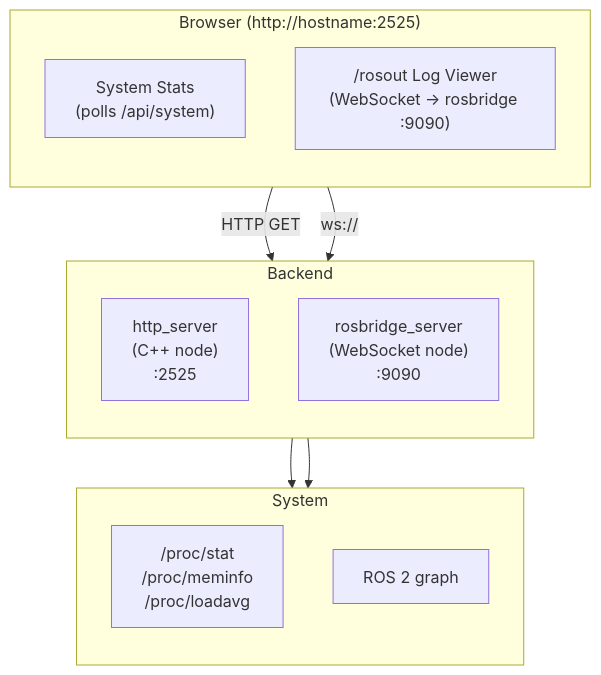
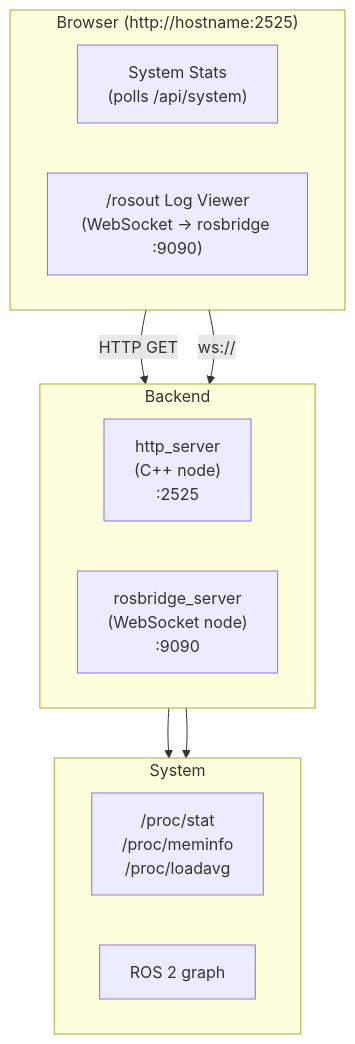
One commit to namo-robotics/ros2_system_webview changed the diagram in README.md. Above: the diagram before and after it, drawn with Mermaid.

Commit message:
refactor: update flowchart direction in README.md for better readability

````diff
--- a/README.md
+++ b/README.md
@@ -27,25 +27,25 @@
 ```mermaid
 flowchart TB
     subgraph Browser["Browser (http://hostname:2525)"]
-        direction TB
+        direction LR
         Stats["System Stats<br/>(polls /api/system)"]
         Logs["/rosout Log Viewer<br/>(WebSocket → rosbridge :9090)"]
     end
 
     subgraph Backend
-        direction TB
+        direction LR
         HTTP["http_server<br/>(C++ node)<br/>:2525"]
         ROS["rosbridge_server<br/>(WebSocket node)<br/>:9090"]
     end
 
     subgraph System
-        direction TB
+        direction LR
         Proc["/proc/stat<br/>/proc/meminfo<br/>/proc/loadavg"]
         Graph["ROS 2 graph"]
     end
 
     Stats -->|HTTP GET| HTTP
     Logs -->|ws://| ROS
     HTTP --> Proc
     ROS --> Graph
 ```
````
